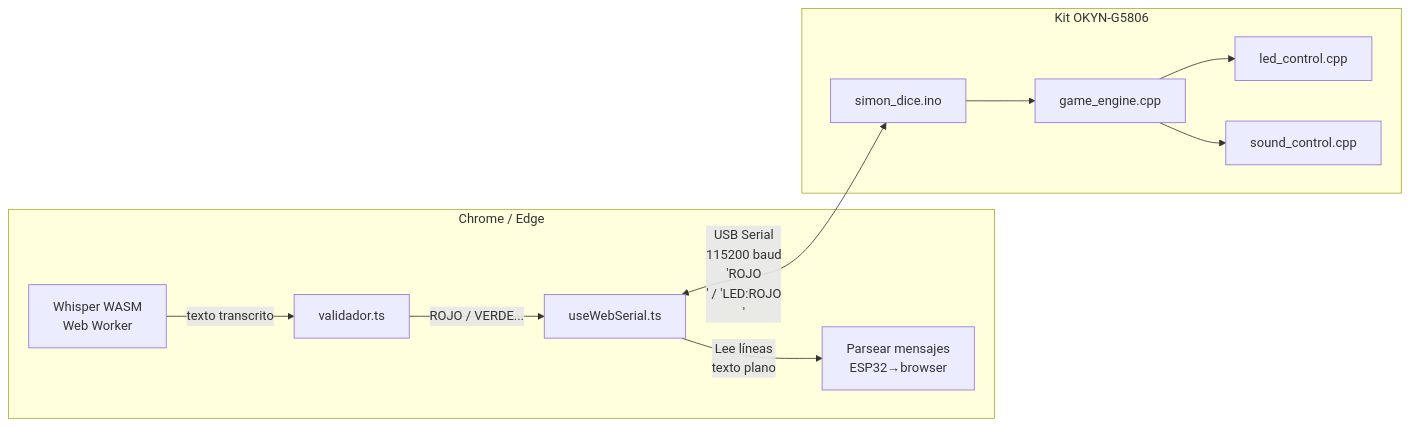
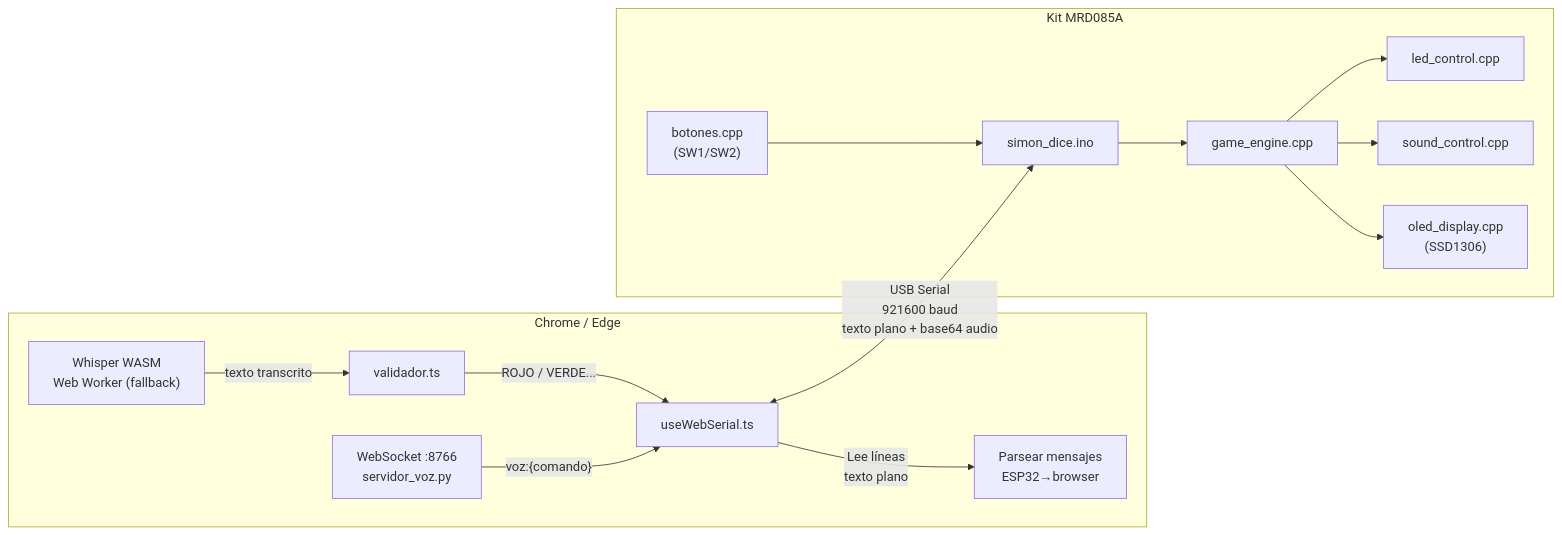
The sixth of 7 diagrams in docs/arquitectura.md (Leonard-ssj/simon-dice-por-voz), drawn with Mermaid before and after one commit. The commit also changed other lines of this file and 3 other files, not shown here.

First line of the commit message:
docs: agregar diagramas Mermaid y actualizar arquitectura

````diff
--- a/docs/arquitectura.md
+++ b/docs/arquitectura.md
@@ -184,18 +210,23 @@
 ```mermaid
 flowchart LR
   subgraph BROWSER["Chrome / Edge"]
     WS2["useWebSerial.ts"]
-    WASM2["Whisper WASM\nWeb Worker"]
+    WASM2["Whisper WASM\nWeb Worker (fallback)"]
+    WS_VZ["WebSocket :8766\nservidor_voz.py"]
     VAL2["validador.ts"]
     WS2 -->|"Lee líneas\ntexto plano"| PARSE["Parsear mensajes\nESP32→browser"]
     WASM2 -->|"texto transcrito"| VAL2 -->|"ROJO / VERDE..."| WS2
+    WS_VZ -->|"voz:{comando}"| WS2
   end
-  subgraph KIT["Kit OKYN-G5806"]
+  subgraph KIT["Kit MRD085A"]
     FW2["simon_dice.ino"]
     GM["game_engine.cpp"]
     LC["led_control.cpp"]
     SC["sound_control.cpp"]
-    FW2 --> GM --> LC & SC
+    BT["botones.cpp\n(SW1/SW2)"]
+    OL["oled_display.cpp\n(SSD1306)"]
+    FW2 --> GM --> LC & SC & OL
+    BT --> FW2
   end
-  WS2 <-->|"USB Serial\n115200 baud\n'ROJO\n' / 'LED:ROJO\n'"| FW2
+  WS2 <-->|"USB Serial\n921600 baud\ntexto plano + base64 audio"| FW2
 ```
````
